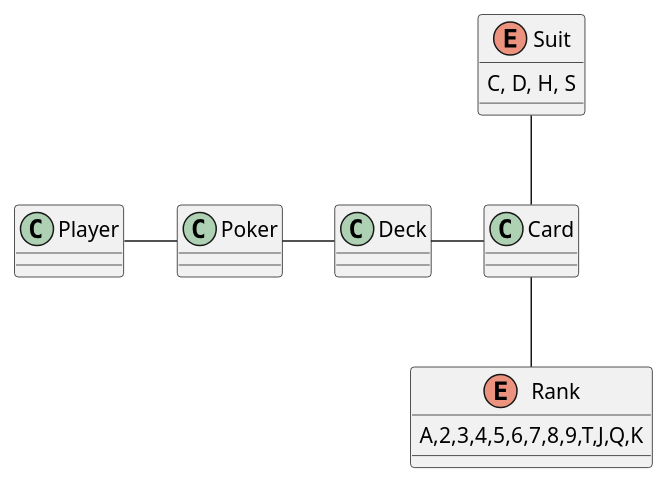
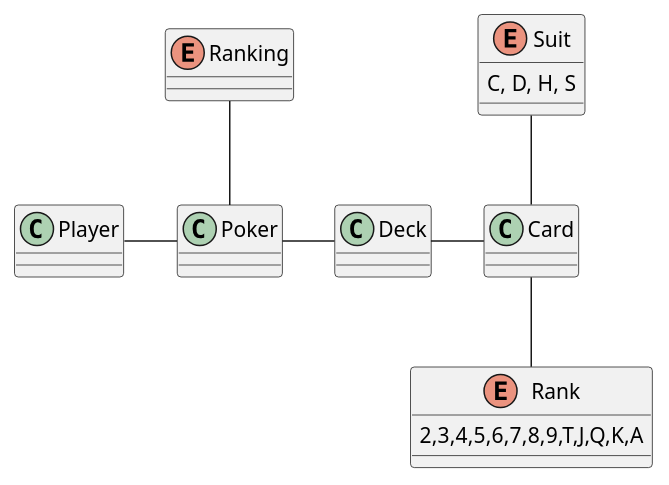
One commit to hvferreira/Java-Poker changed the diagram in UML/uml.puml. Above: the diagram before and after it, drawn with PlantUML. The commit also changed 7 other files, not shown here.

```diff
--- a/UML/uml.puml
+++ b/UML/uml.puml
@@ -1,33 +1,38 @@
 @startuml
 
 
 class Card {
 
 }
 
 class Player {
 
 }
 
 class Deck {
 
 }
 
 class Poker {
 
 }
 
 enum Suit {
 C, D, H, S
 }
 
 enum Rank {
-A,2,3,4,5,6,7,8,9,T,J,Q,K
+2,3,4,5,6,7,8,9,T,J,Q,K,A
+}
+
+enum Ranking {
+
 }
 
 Player -right- Poker
 Poker -right- Deck
 Deck -right- Card
 Card -up- Suit
 Card -down- Rank
+Poker -up- Ranking
 @enduml
```
